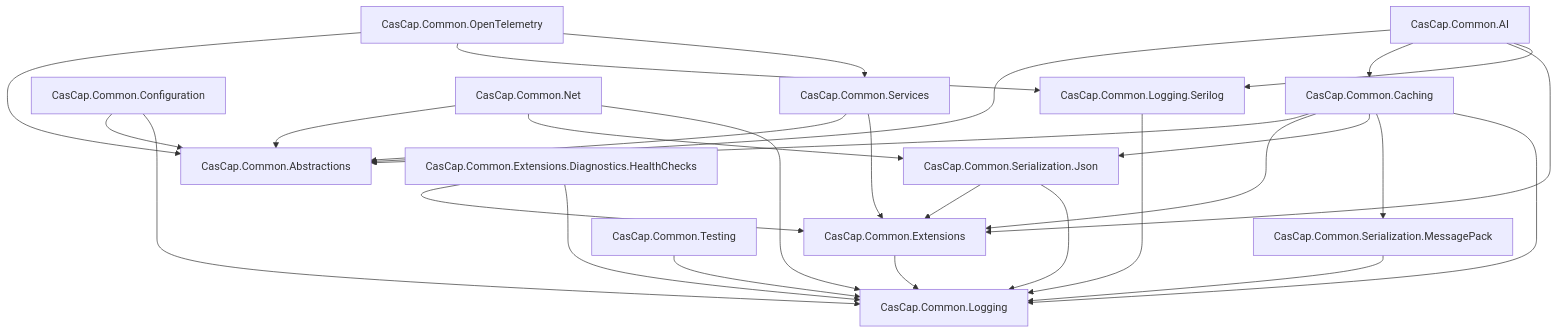
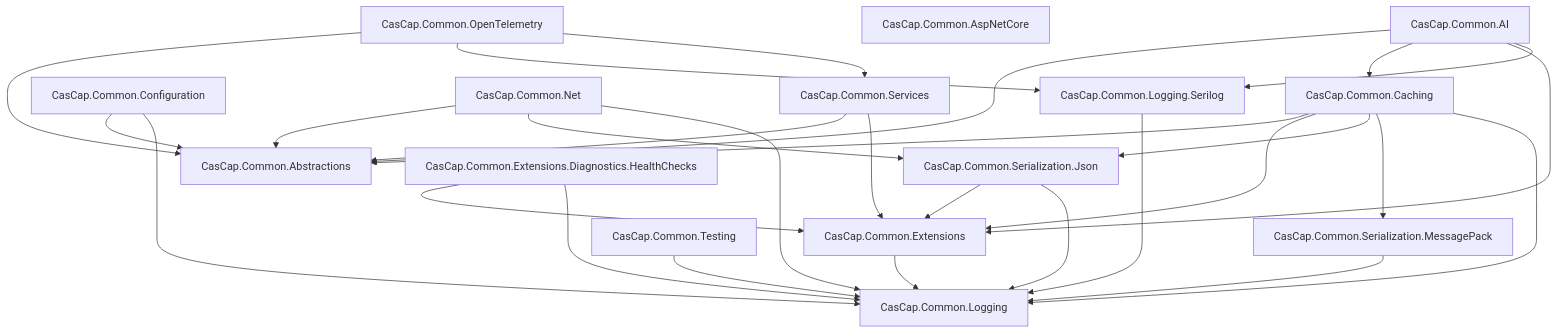
One commit to f2calv/CasCap.Common changed the first of 2 diagrams in README.md. Above: the diagram before and after it, drawn with Mermaid. The commit also changed other lines of this file and 7 other files, not shown here.

````diff
--- a/README.md
+++ b/README.md
@@ -85,45 +89,46 @@
 ```mermaid
 graph TD
     Logging[CasCap.Common.Logging]
     LoggingSerilog[CasCap.Common.Logging.Serilog]
     Abstractions[CasCap.Common.Abstractions]
     Extensions[CasCap.Common.Extensions]
     Configuration[CasCap.Common.Configuration]
     SerJson[CasCap.Common.Serialization.Json]
     SerMsgPack[CasCap.Common.Serialization.MessagePack]
     Net[CasCap.Common.Net]
     Caching[CasCap.Common.Caching]
     Services[CasCap.Common.Services]
     HealthChecks[CasCap.Common.Extensions.Diagnostics.HealthChecks]
     Testing[CasCap.Common.Testing]
     AI[CasCap.Common.AI]
+    AspNetCore[CasCap.Common.AspNetCore]
     OTel[CasCap.Common.OpenTelemetry]
 
     Extensions --> Logging
     LoggingSerilog --> Logging
     Configuration --> Abstractions
     Configuration --> Logging
     SerJson --> Extensions
     SerJson --> Logging
     SerMsgPack --> Logging
     Net --> Abstractions
     Net --> SerJson
     Net --> Logging
     HealthChecks --> Extensions
     HealthChecks --> Logging
     Testing --> Logging
     Services --> Abstractions
     Services --> Extensions
     Caching --> Abstractions
     Caching --> Extensions
     Caching --> SerJson
     Caching --> SerMsgPack
     Caching --> Logging
     AI --> Abstractions
     AI --> Caching
     AI --> Extensions
     AI --> LoggingSerilog
     OTel --> Abstractions
     OTel --> LoggingSerilog
     OTel --> Services
 ```
````
